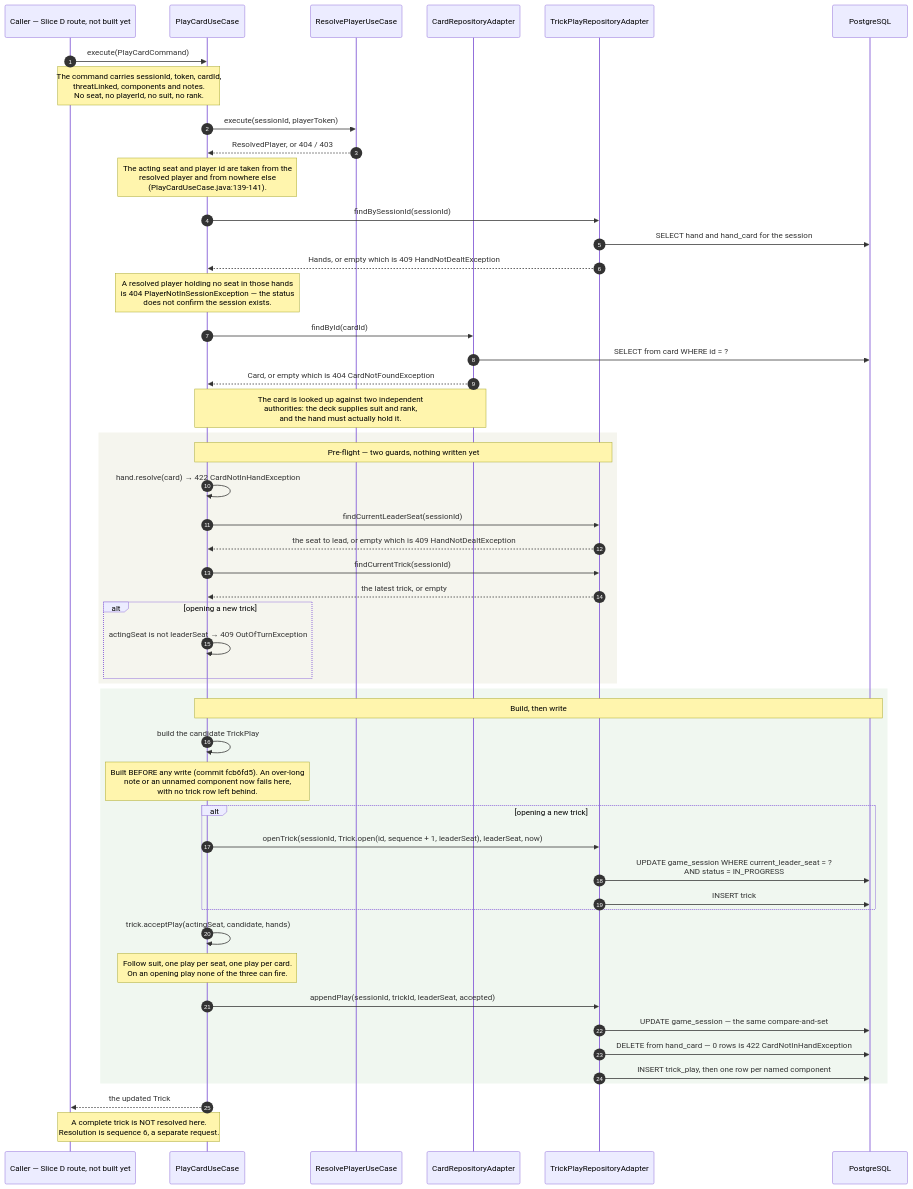
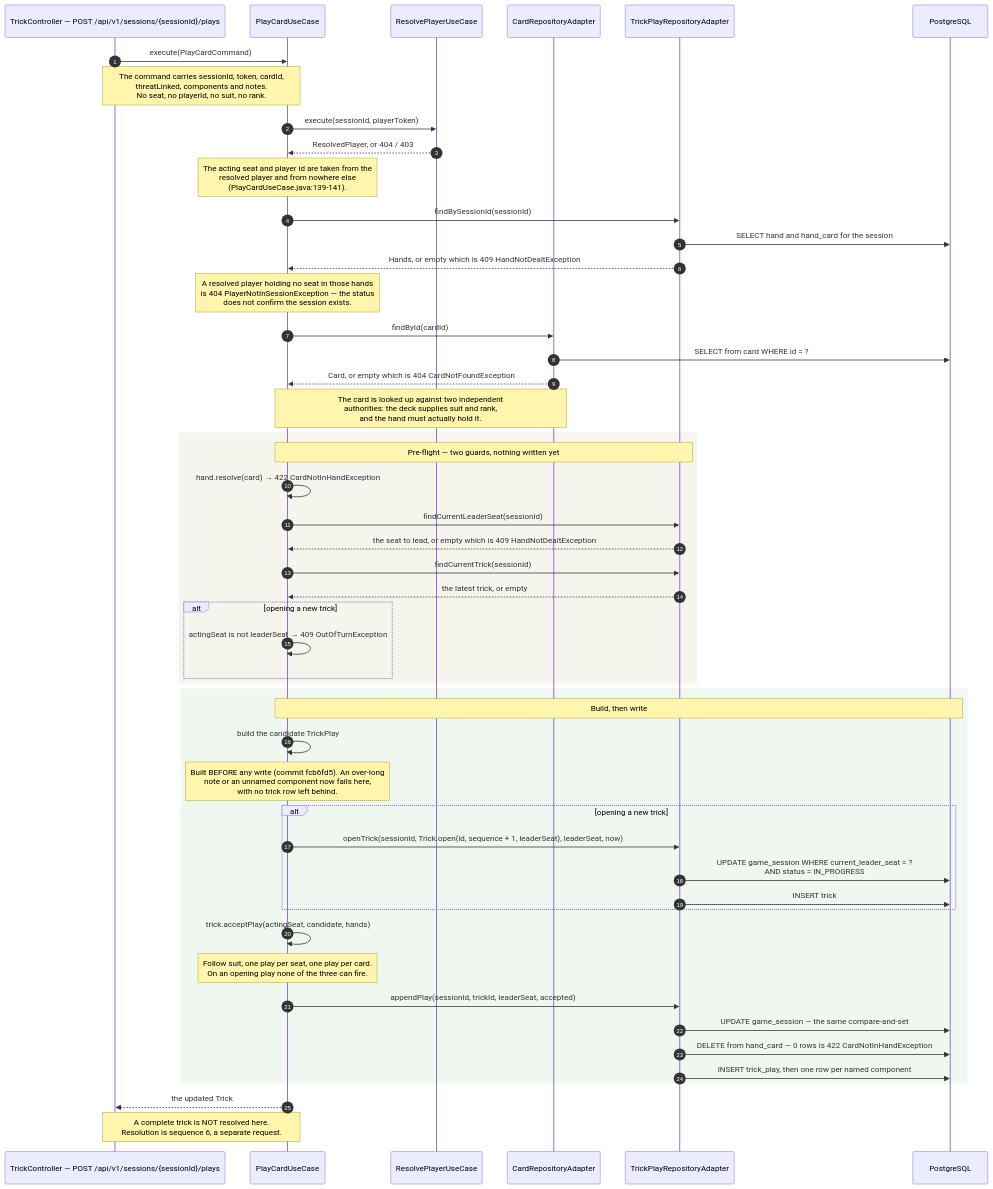
One commit to maglez/eop-threat-medeling changed the fifth of 6 diagrams in docs/architecture/runtime-view.md. Above: the diagram before and after it, drawn with Mermaid. The commit also changed other lines of this file and 6 other files, not shown here.

````diff
--- a/docs/architecture/runtime-view.md
+++ b/docs/architecture/runtime-view.md
@@ -486,59 +503,59 @@
 ```mermaid
 sequenceDiagram
     autonumber
-    participant CL as Caller — Slice D route, not built yet
+    participant CL as TrickController — POST /api/v1/sessions/{sessionId}/plays
     participant PC as PlayCardUseCase
     participant RP as ResolvePlayerUseCase
     participant CRA as CardRepositoryAdapter
     participant TPRA as TrickPlayRepositoryAdapter
     participant DB as PostgreSQL
 
     CL->>PC: execute(PlayCardCommand)
     Note over CL,PC: The command carries sessionId, token, cardId,<br/>threatLinked, components and notes.<br/>No seat, no playerId, no suit, no rank.
 
     PC->>RP: execute(sessionId, playerToken)
     RP-->>PC: ResolvedPlayer, or 404 / 403
     Note over PC: The acting seat and player id are taken from the<br/>resolved player and from nowhere else<br/>(PlayCardUseCase.java:139-141).
 
     PC->>TPRA: findBySessionId(sessionId)
     TPRA->>DB: SELECT hand and hand_card for the session
     TPRA-->>PC: Hands, or empty which is 409 HandNotDealtException
     Note over PC: A resolved player holding no seat in those hands<br/>is 404 PlayerNotInSessionException — the status<br/>does not confirm the session exists.
 
     PC->>CRA: findById(cardId)
     CRA->>DB: SELECT from card WHERE id = ?
     CRA-->>PC: Card, or empty which is 404 CardNotFoundException
     Note over PC,CRA: The card is looked up against two independent<br/>authorities: the deck supplies suit and rank,<br/>and the hand must actually hold it.
 
     rect rgb(245, 245, 238)
     Note over PC,TPRA: Pre-flight — two guards, nothing written yet
     PC->>PC: hand.resolve(card) → 422 CardNotInHandException
     PC->>TPRA: findCurrentLeaderSeat(sessionId)
     TPRA-->>PC: the seat to lead, or empty which is 409 HandNotDealtException
     PC->>TPRA: findCurrentTrick(sessionId)
     TPRA-->>PC: the latest trick, or empty
     alt opening a new trick
         PC->>PC: actingSeat is not leaderSeat → 409 OutOfTurnException
     end
     end
 
     rect rgb(240, 247, 240)
     Note over PC,DB: Build, then write
     PC->>PC: build the candidate TrickPlay
     Note over PC: Built BEFORE any write (commit fcb6fd5). An over-long<br/>note or an unnamed component now fails here,<br/>with no trick row left behind.
     alt opening a new trick
         PC->>TPRA: openTrick(sessionId, Trick.open(id, sequence + 1, leaderSeat), leaderSeat, now)
         TPRA->>DB: UPDATE game_session WHERE current_leader_seat = ?<br/>AND status = IN_PROGRESS
         TPRA->>DB: INSERT trick
     end
     PC->>PC: trick.acceptPlay(actingSeat, candidate, hands)
     Note over PC: Follow suit, one play per seat, one play per card.<br/>On an opening play none of the three can fire.
     PC->>TPRA: appendPlay(sessionId, trickId, leaderSeat, accepted)
     TPRA->>DB: UPDATE game_session — the same compare-and-set
     TPRA->>DB: DELETE from hand_card — 0 rows is 422 CardNotInHandException
     TPRA->>DB: INSERT trick_play, then one row per named component
     end
 
     PC-->>CL: the updated Trick
     Note over PC,CL: A complete trick is NOT resolved here.<br/>Resolution is sequence 6, a separate request.
 ```
````
